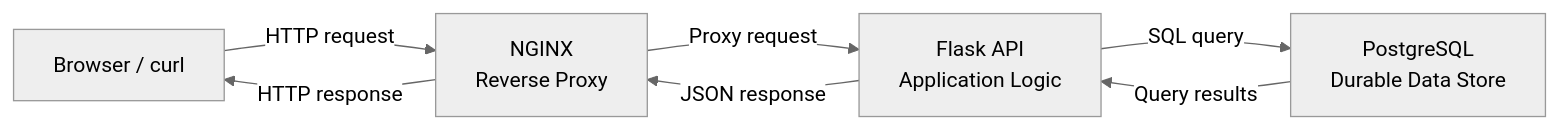
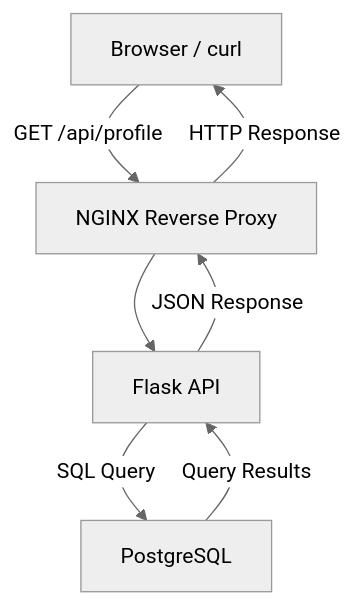
The first of 2 diagrams in AnswersByGetty/phase-02-building-a-production-service/01-three-tier-architecture.md (gettyhongla/request-tracing-lab), drawn with Mermaid (neutral theme) before and after one commit. The commit also changed other lines of this file, not shown here.

````diff
--- a/AnswersByGetty/phase-02-building-a-production-service/01-three-tier-architecture.md
+++ b/AnswersByGetty/phase-02-building-a-production-service/01-three-tier-architecture.md
@@ -9,14 +9,14 @@
 ```mermaid
-flowchart LR
+flowchart TD
     Browser["Browser / curl"]
-    NGINX["NGINX<br/>Reverse Proxy"]
-    Flask["Flask API<br/>Application Logic"]
-    Postgres["PostgreSQL<br/>Durable Data Store"]
+    NGINX["NGINX Reverse Proxy"]
+    Flask["Flask API"]
+    Postgres["PostgreSQL"]
 
-    Browser -->|"HTTP request"| NGINX
-    NGINX -->|"Proxy request"| Flask
-    Flask -->|"SQL query"| Postgres
-    Postgres -->|"Query results"| Flask
-    Flask -->|"JSON response"| NGINX
-    NGINX -->|"HTTP response"| Browser
+    Browser -->|"GET /api/profile"| NGINX
+    NGINX --> Flask
+    Flask -->|"SQL Query"| Postgres
+    Postgres -->|"Query Results"| Flask
+    Flask -->|"JSON Response"| NGINX
+    NGINX -->|"HTTP Response"| Browser
 ```
````
